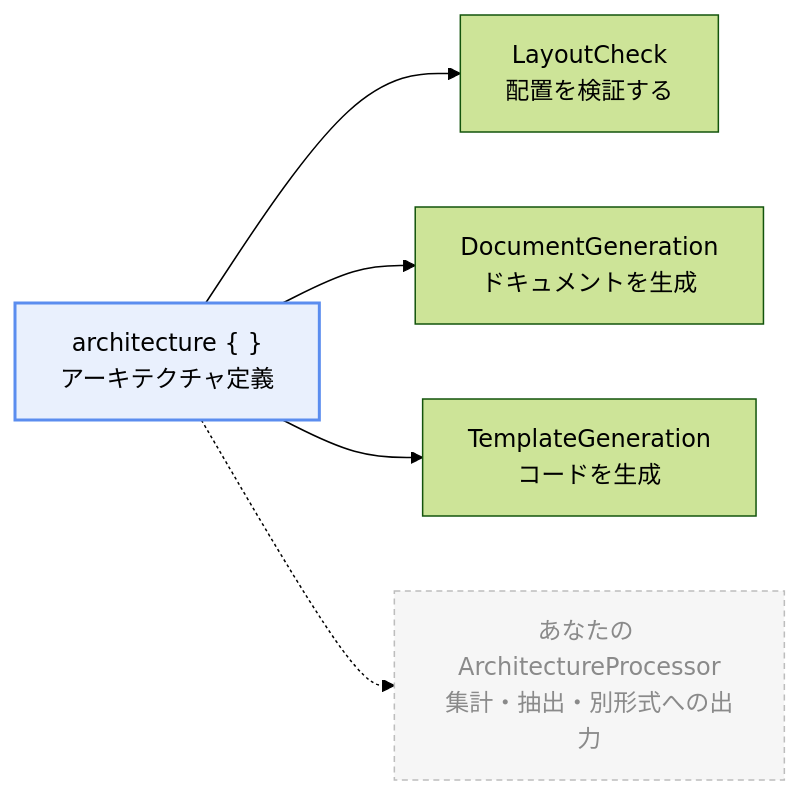
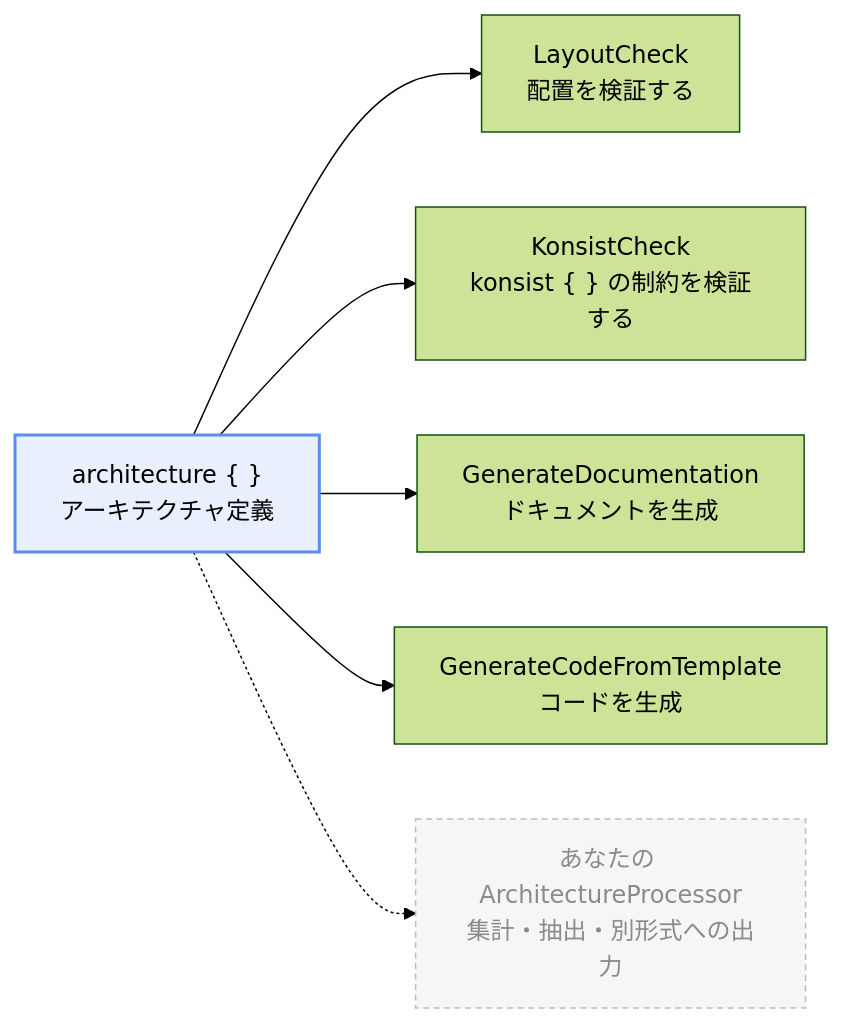
Before and after one commit to TBSten/katachi: the diagram in docs/src/content/docs/ja/guides/processor.mdx, drawn with Mermaid (forest theme). The commit also changed other lines of this file and 1 other file, not shown here.

````diff
--- a/docs/src/content/docs/ja/guides/processor.mdx
+++ b/docs/src/content/docs/ja/guides/processor.mdx
@@ -36,11 +44,12 @@
 ```mermaid
 flowchart LR
     D["architecture { }<br/>アーキテクチャ定義"]
     D --> Layout["LayoutCheck<br/>配置を検証する"]
-    D --> Doc["DocumentGeneration<br/>ドキュメントを生成"]
-    D --> Template["TemplateGeneration<br/>コードを生成"]
+    D --> Konsist["KonsistCheck<br/>konsist { } の制約を検証する"]
+    D --> Doc["GenerateDocumentation<br/>ドキュメントを生成"]
+    D --> Template["GenerateCodeFromTemplate<br/>コードを生成"]
     D -.-> Custom["あなたの ArchitectureProcessor<br/>集計・抽出・別形式への出力"]
 
     style D fill:#5B8DEF22,stroke:#5B8DEF,stroke-width:2px
     style Custom fill:#BDBDBD22,stroke:#BDBDBD,stroke-dasharray:4 3,color:#8A8A8A
 ```
````
